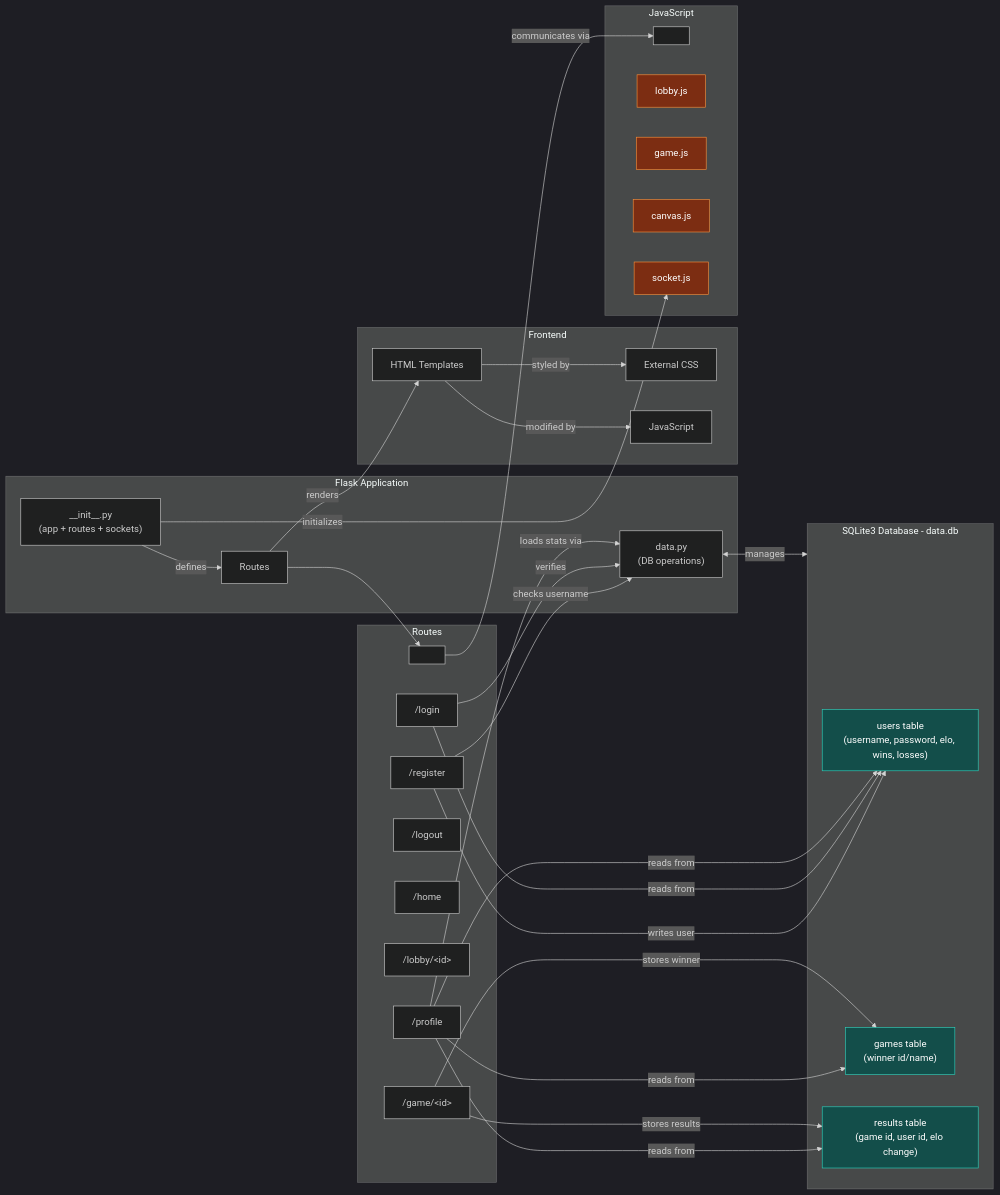
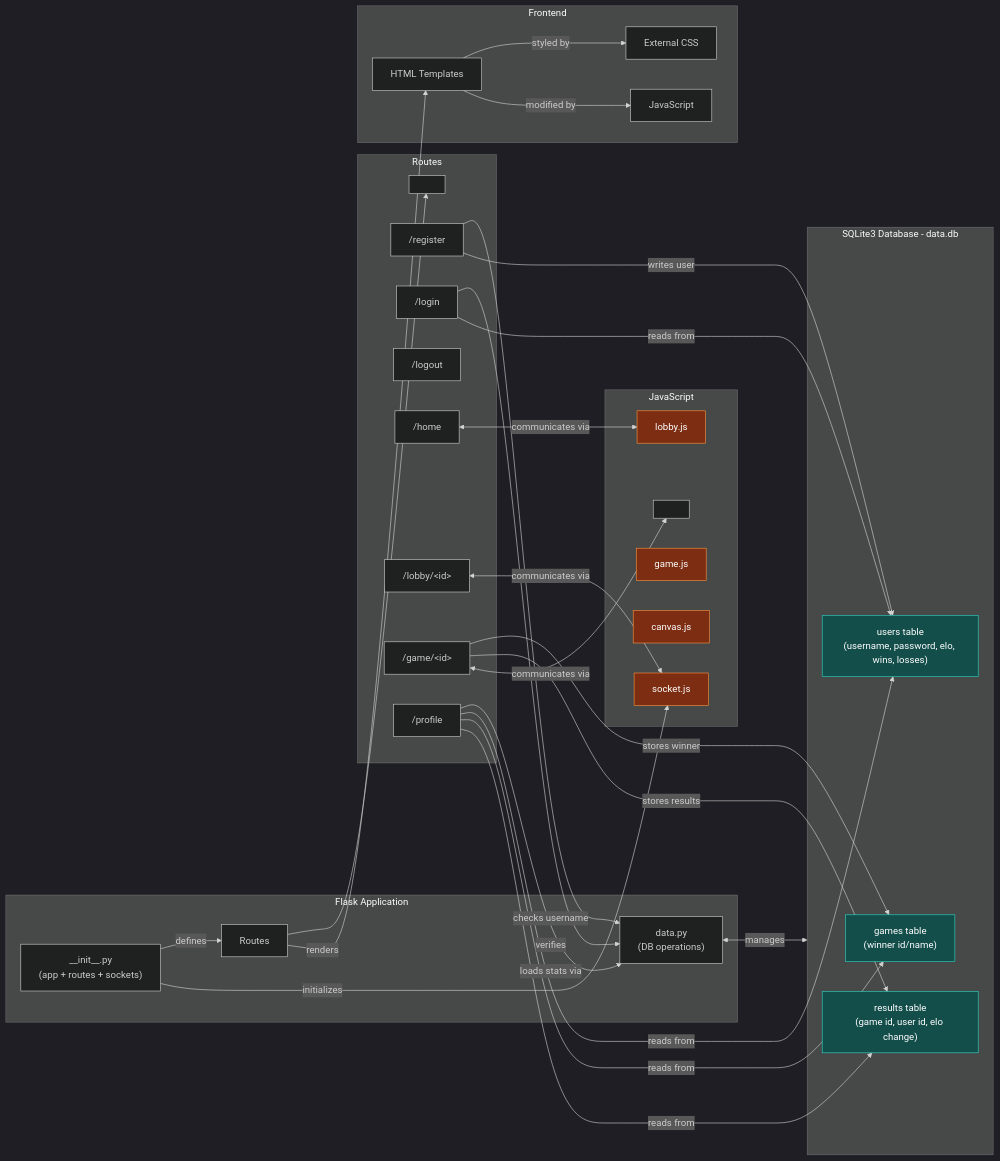
One commit to SadgeCat/CopyrightedArtist changed the first of 2 diagrams in design.md. Above: the diagram before and after it, drawn with Mermaid.

Commit message:
clean up diamgra

````diff
--- a/design.md
+++ b/design.md
@@ -90,65 +90,67 @@
 ```mermaid
 ---
 config:
   theme: dark
 ---
 flowchart LR
  subgraph FlaskApp["Flask Application"]
         Init["__init__.py<br>(app + routes + sockets)"]
         Routes["Routes"]
         DataPy["data.py<br>(DB operations)"]
   end
  subgraph RoutesDetail["Routes"]
         RouteAnchor[" "]
         Register["/register"]
         Login["/login"]
         Logout["/logout"]
         Home["/home"]
         Lobby["/lobby/&lt;id&gt;"]
         Game["/game/&lt;id&gt;"]
         Profile["/profile"]
   end
  subgraph Database["SQLite3 Database - data.db"]
         UsersTable["users table<br>(username, password, elo, wins, losses)"]
         GamesTable["games table<br>(winner id/name)"]
         ResultsTable["results table<br>(game id, user id, elo change)"]
   end
  subgraph Frontend["Frontend"]
         HTML["HTML Templates"]
         CSS["External CSS"]
         JS["JavaScript"]
   end
  subgraph JSModules["JavaScript"]
         JSAnchor[" "]
         LobbyJS["lobby.js"]
         GameJS["game.js"]
         CanvasJS["canvas.js"]
         SocketJS["socket.js"]
   end
     Init -- defines --> Routes
     Init -- initializes --> SocketJS
     Routes --> RouteAnchor
     Register -- checks username --> DataPy
     Register -- writes user --> UsersTable
     Login -- verifies --> DataPy
     Login -- reads from --> UsersTable
     Profile -- loads stats via --> DataPy
     Profile -- reads from --> UsersTable & GamesTable & ResultsTable
     DataPy <-- manages --> Database
     Game -- stores winner --> GamesTable
     Game -- stores results --> ResultsTable
     Routes -- renders --> HTML
     HTML -- styled by --> CSS
     HTML -- modified by --> JS
-    RouteAnchor -- communicates via --> JSAnchor
+    Home <-- communicates via --> LobbyJS
+    Lobby <-- communicates via --> SocketJS
+    Game <-- communicates via --> JSAnchor
 
      UsersTable:::dbNode
      GamesTable:::dbNode
      ResultsTable:::dbNode
      LobbyJS:::jsNode
      GameJS:::jsNode
      CanvasJS:::jsNode
      SocketJS:::jsNode
     classDef dbNode fill:#134e4a,stroke:#2dd4bf,color:#ffffff
     classDef jsNode fill:#7c2d12,stroke:#fb923c,color:#ffffff
 ```
````
